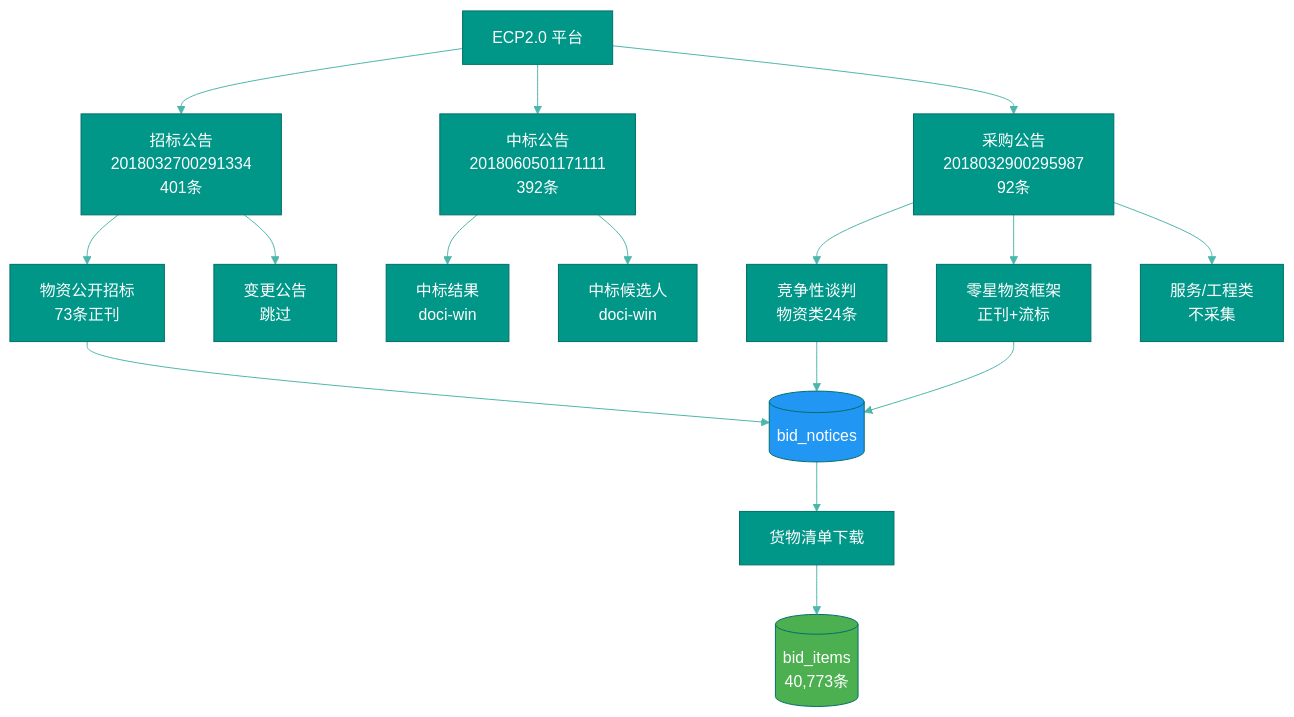
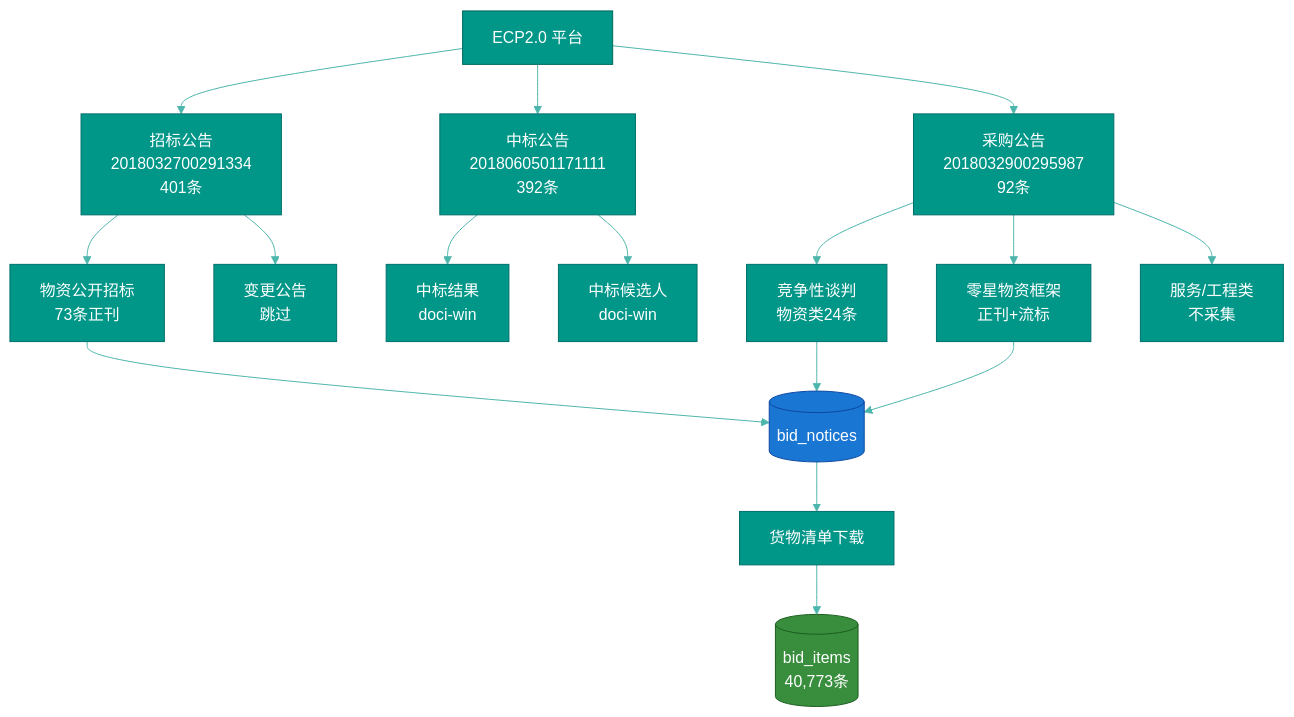
One commit to lilacseeking/bidding-ecp-data changed the first of 6 diagrams in README.md. Above: the diagram before and after it, drawn with Mermaid. The commit also changed other lines of this file, not shown here.

First line of the commit message:
style: mermaid配色加深+添加stroke描边, 提升白色文字可读性

````diff
--- a/README.md
+++ b/README.md
@@ -58,28 +58,28 @@
 ```mermaid
 %%{init: {'theme': 'base', 'themeVariables': { 'primaryColor': '#009688', 'primaryTextColor': '#fff', 'primaryBorderColor': '#006f6b', 'lineColor': '#4db6ac', 'secondaryColor': '#e0f2f1', 'tertiaryColor': '#f5f5f5'}}}%%
 graph TB
     A[ECP2.0 平台] --> B[招标公告<br/>2018032700291334<br/>401条]
     A --> C[中标公告<br/>2018060501171111<br/>392条]
     A --> D[采购公告<br/>2018032900295987<br/>92条]
 
     B --> B1[物资公开招标<br/>73条正刊]
     B --> B2[变更公告<br/>跳过]
 
     C --> C1[中标结果<br/>doci-win]
     C --> C2[中标候选人<br/>doci-win]
 
     D --> D1[竞争性谈判<br/>物资类24条]
     D --> D2[零星物资框架<br/>正刊+流标]
     D --> D3[服务/工程类<br/>不采集]
 
     B1 --> E[(bid_notices)]
     D1 --> E
     D2 --> E
 
     E --> F[货物清单下载]
     F --> G[(bid_items<br/>40,773条)]
 
-    style A fill:#009688,color:#fff
-    style E fill:#2196F3,color:#fff
-    style G fill:#4CAF50,color:#fff
+    style A fill:#009688,color:#fff,stroke:#00695C
+    style E fill:#1976D2,color:#fff,stroke:#0D47A1
+    style G fill:#388E3C,color:#fff,stroke:#1B5E20
 ```
````
